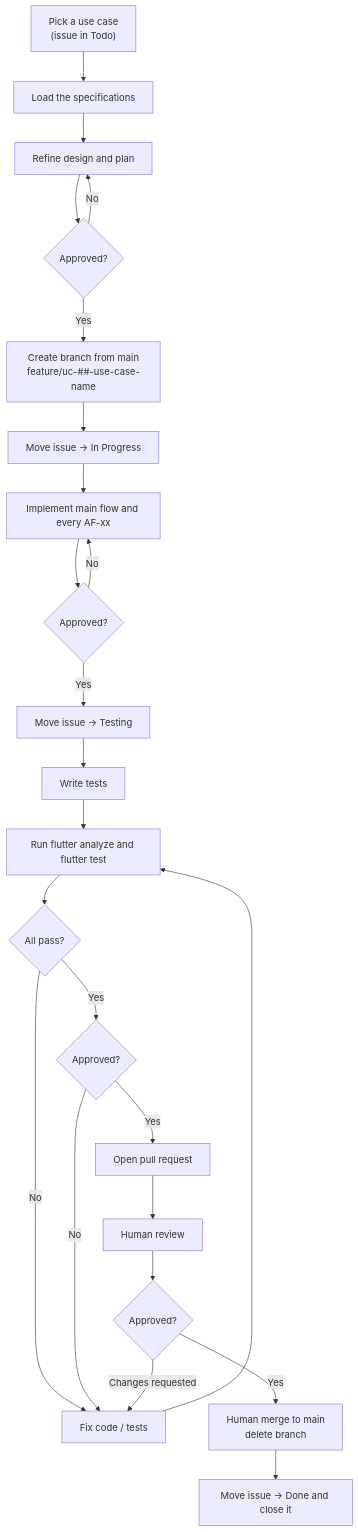
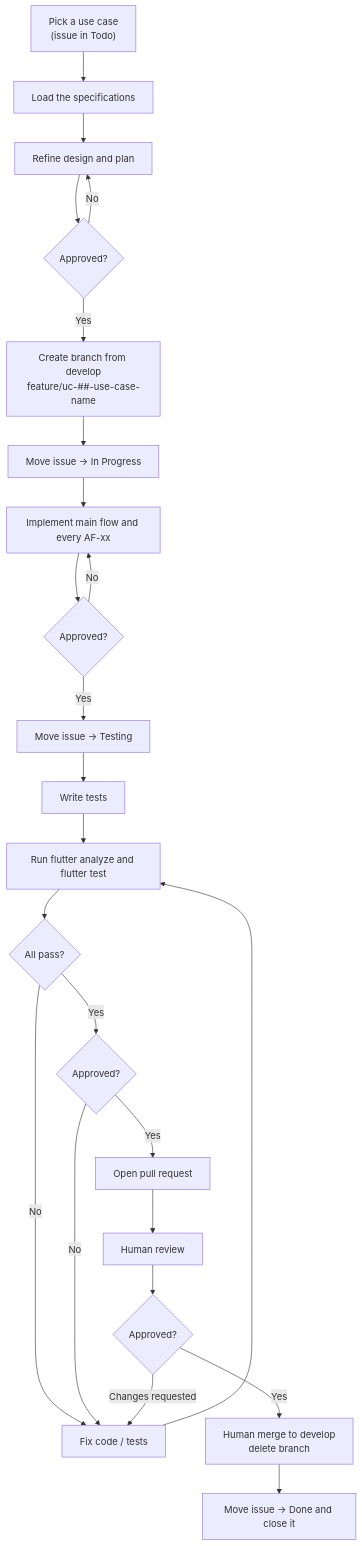
Before and after one commit to artur-rios/fortuna-ui: the diagram in docs/requirements/Development Workflow Document.md, drawn with Mermaid. The commit also changed other lines of this file and 5 other files, not shown here.

````diff
--- a/docs/requirements/Development Workflow Document.md
+++ b/docs/requirements/Development Workflow Document.md
@@ -25,26 +25,26 @@
 ```mermaid
 flowchart TD
     A["Pick a use case<br/>(issue in Todo)"] --> A2["Load the specifications"]
     A2 --> A3["Refine design and plan"]
     A3 --> A4{"Approved?"}
     A4 -->|No| A3
-    A4 -->|Yes| B["Create branch from main<br/>feature/uc-##-use-case-name"]
+    A4 -->|Yes| B["Create branch from develop<br/>feature/uc-##-use-case-name"]
     B --> C["Move issue → In Progress"]
     C --> D["Implement main flow and every AF-xx"]
     D --> D2{"Approved?"}
     D2 -->|No| D
     D2 -->|Yes| E["Move issue → Testing"]
     E --> F["Write tests"]
     F --> G["Run flutter analyze and flutter test"]
     G --> H{All pass?}
     H -->|No| I["Fix code / tests"]
     I --> G
     H -->|Yes| H2{"Approved?"}
     H2 -->|No| I
     H2 -->|Yes| J["Open pull request"]
     J --> K["Human review"]
     K --> L{Approved?}
     L -->|Changes requested| I
-    L -->|Yes| M["Human merge to main<br/>delete branch"]
+    L -->|Yes| M["Human merge to develop<br/>delete branch"]
     M --> N["Move issue → Done and close it"]
 ```
````
